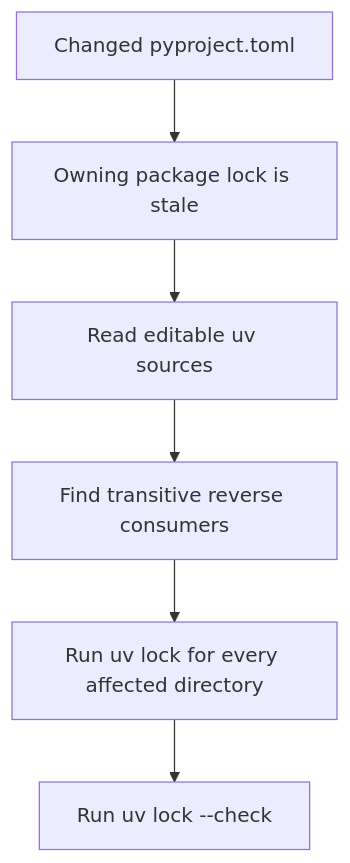
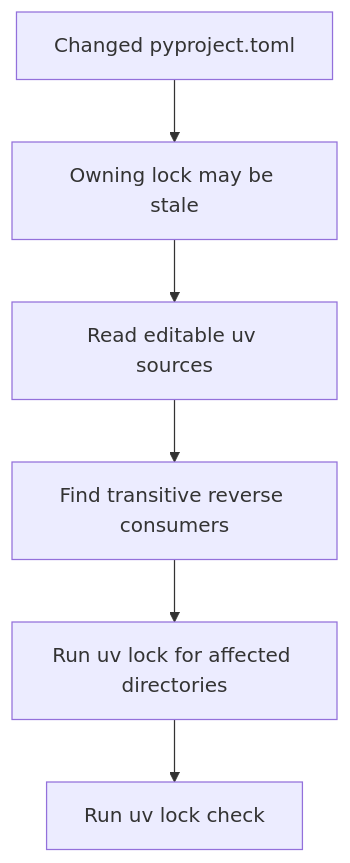
The first of 2 diagrams in openwiki/operations/development.md (langchain-ai/deepagents), drawn with Mermaid before and after one commit. The commit also changed other lines of this file and 69 other files, not shown here.

````diff
--- a/openwiki/operations/development.md
+++ b/openwiki/operations/development.md
@@ -95,8 +99,8 @@
 ```mermaid
 flowchart TD
-    Manifest["Changed pyproject.toml"] --> Direct["Owning package lock is stale"]
-    Direct --> Scan["Read editable uv sources"]
-    Scan --> Closure["Find transitive reverse consumers"]
-    Closure --> Resolve["Run uv lock for every affected directory"]
-    Resolve --> Check["Run uv lock --check"]
+    Manifest["Changed pyproject.toml"] --> OwnLock["Owning lock may be stale"]
+    OwnLock --> Sources["Read editable uv sources"]
+    Sources --> Closure["Find transitive reverse consumers"]
+    Closure --> Resolve["Run uv lock for affected directories"]
+    Resolve --> Verify["Run uv lock check"]
 ```
````
